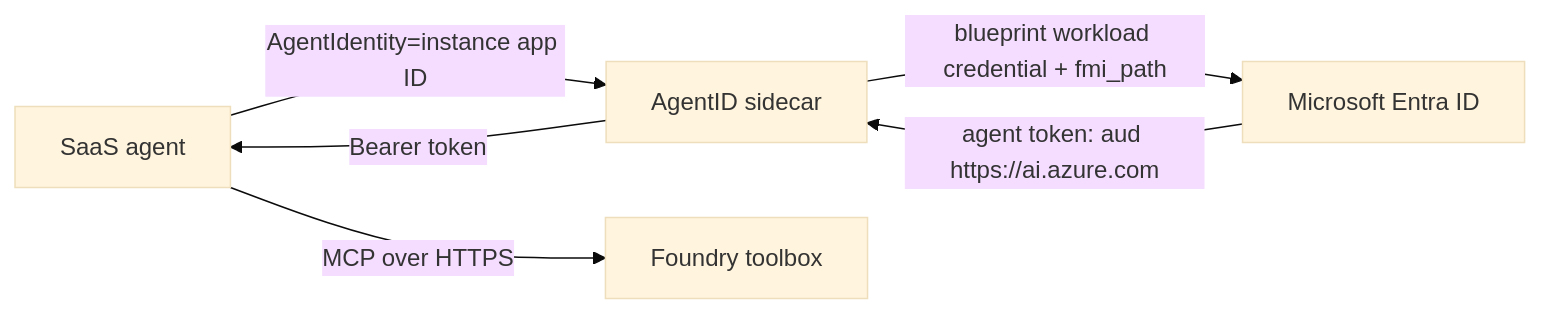
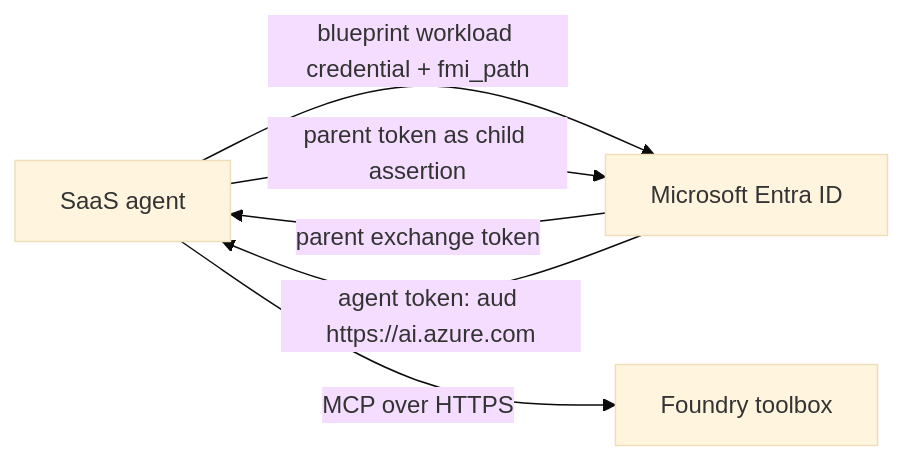
Before and after one commit to qkfang/agent-365-sdk: the diagram in README.md, drawn with Mermaid (base theme). The commit also changed other lines of this file and 16 other files, not shown here.

````diff
--- a/README.md
+++ b/README.md
@@ -10,8 +10,8 @@
 ```mermaid
 flowchart LR
-	 A[SaaS agent] -->|AgentIdentity=instance app ID| S[AgentID sidecar]
-	 S -->|blueprint workload credential + fmi_path| E[Microsoft Entra ID]
-	 E -->|agent token: aud https://ai.azure.com| S
-	 S -->|Bearer token| A
+	 A[SaaS agent] -->|blueprint workload credential + fmi_path| E[Microsoft Entra ID]
+	 E -->|parent exchange token| A
+	 A -->|parent token as child assertion| E
+	 E -->|agent token: aud https://ai.azure.com| A
 	 A -->|MCP over HTTPS| T[Foundry toolbox]
 ```
````
